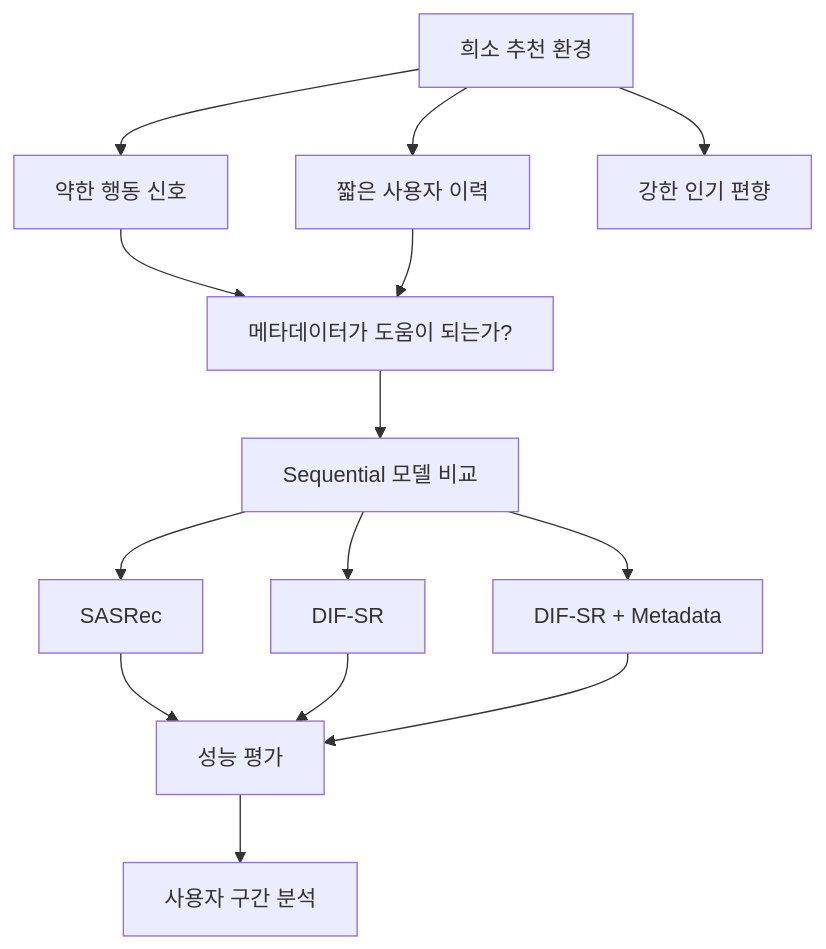
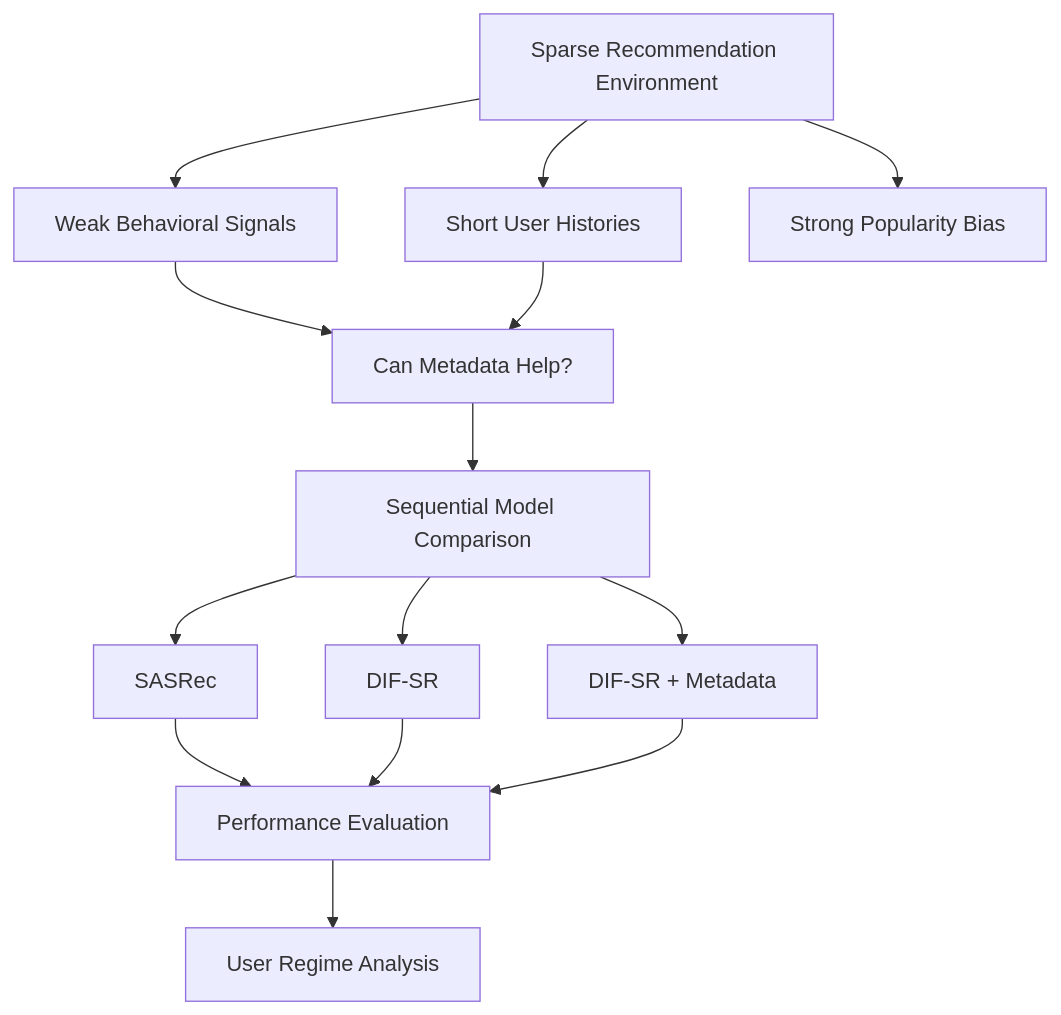
The first of 4 diagrams in README.md (hyeongseok21/sequential-recommendation-under-sparsity), drawn with Mermaid before and after one commit. The commit also changed other lines of this file, not shown here.

````diff
--- a/README.md
+++ b/README.md
@@ -42,24 +42,24 @@
 ```mermaid
 flowchart TD
 
-A["희소 추천 환경"]
+A["Sparse Recommendation Environment"]
 
-A --> B["약한 행동 신호"]
-A --> C["짧은 사용자 이력"]
-A --> D["강한 인기 편향"]
+A --> B["Weak Behavioral Signals"]
+A --> C["Short User Histories"]
+A --> D["Strong Popularity Bias"]
 
-B --> E["메타데이터가 도움이 되는가?"]
+B --> E["Can Metadata Help?"]
 C --> E
 
-E --> F["Sequential 모델 비교"]
+E --> F["Sequential Model Comparison"]
 
 F --> G["SASRec"]
 F --> H["DIF-SR"]
 F --> I["DIF-SR + Metadata"]
 
-G --> J["성능 평가"]
+G --> J["Performance Evaluation"]
 H --> J
 I --> J
 
-J --> K["사용자 구간 분석"]
+J --> K["User Regime Analysis"]
 ```
````
